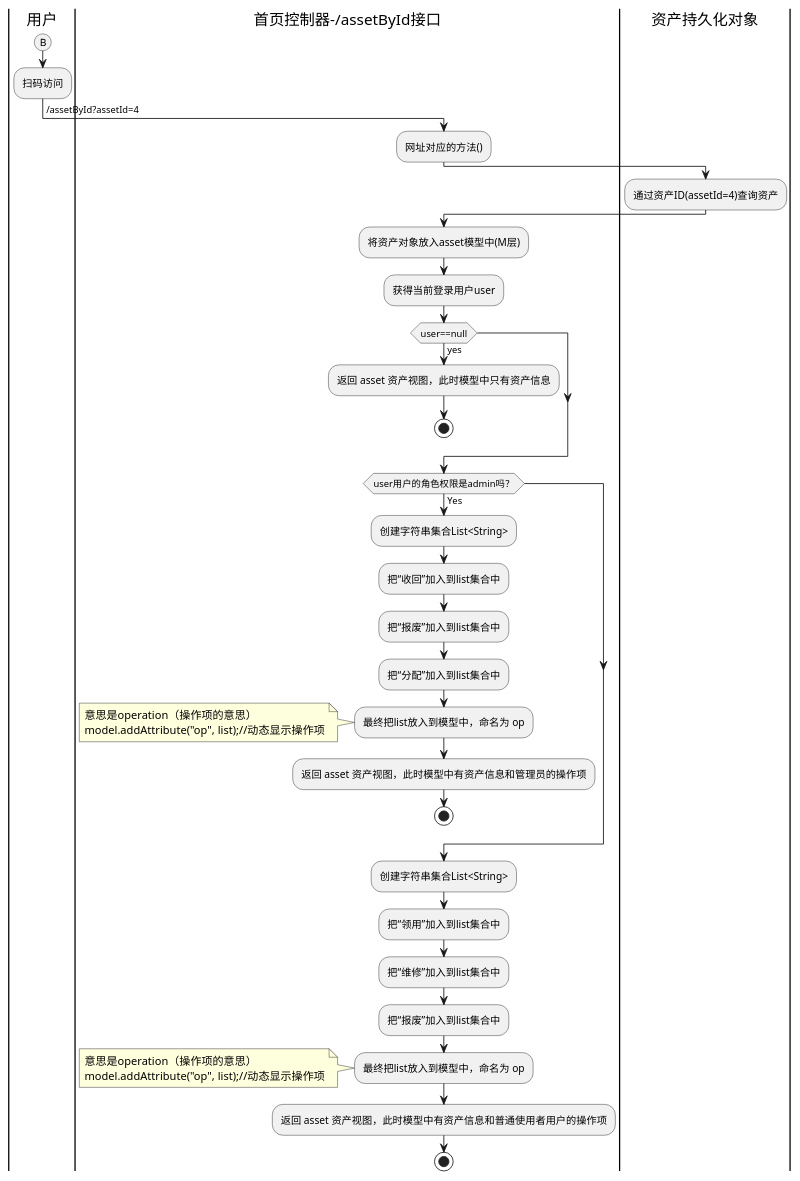
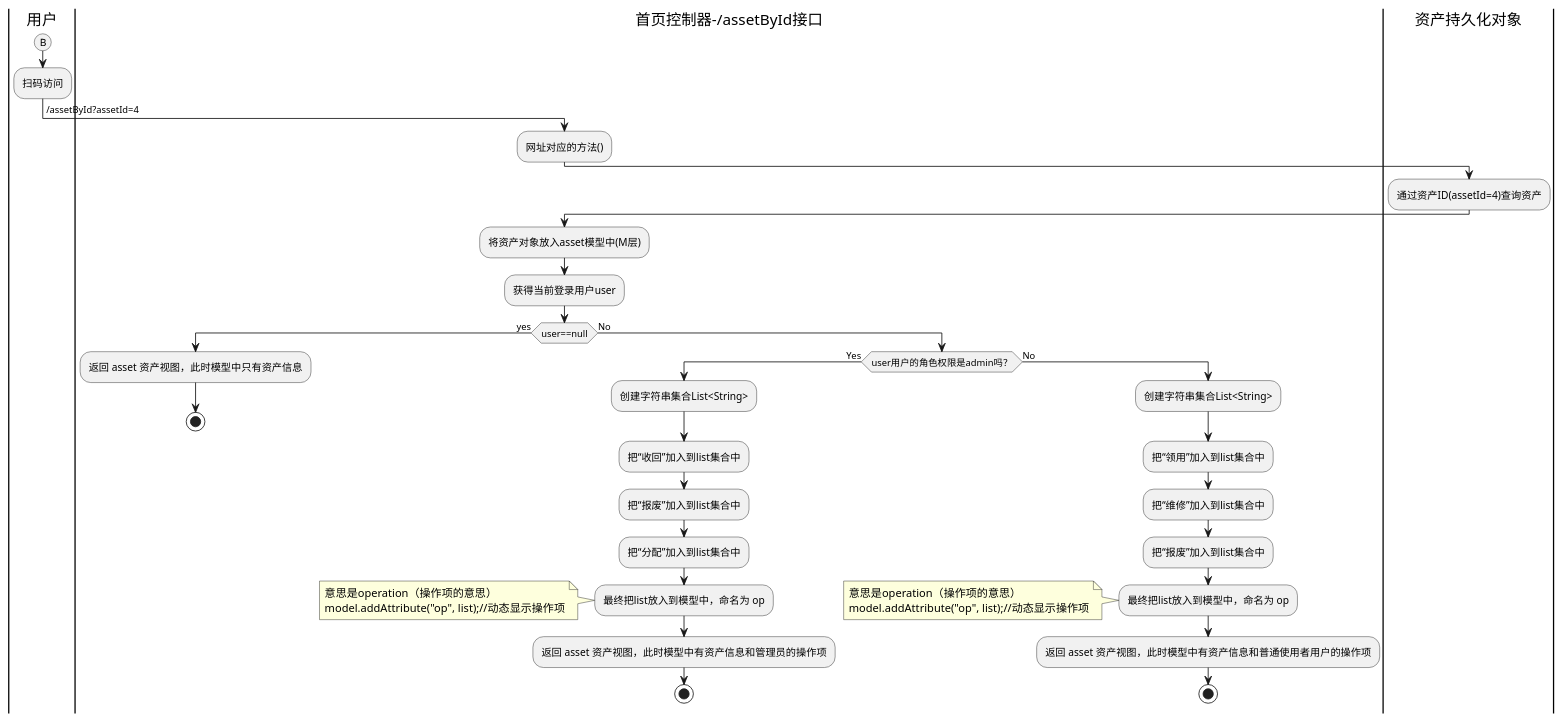
The diagram in src/main/java/com/xchgx/cloud/sso8/assetmanager/diagram/v12/3.扫码显示操作项.puml (xchgx/assetmanager), drawn with PlantUML before and after one commit. The commit also changed 24 other files, not shown here.

```diff
--- a/src/main/java/com/xchgx/cloud/sso8/assetmanager/diagram/v12/3.扫码显示操作项.puml
+++ b/src/main/java/com/xchgx/cloud/sso8/assetmanager/diagram/v12/3.扫码显示操作项.puml
@@ -1,45 +1,45 @@
 @startuml
 '3.扫码显示操作项
 
 |用户|
 (B)
 :扫码访问;
 ->/assetById?assetId=4;
 |首页控制器-/assetById接口|
 :网址对应的方法();
 |资产持久化对象|
 :通过资产ID(assetId=4)查询资产;
 |首页控制器-/assetById接口|
 :将资产对象放入asset模型中(M层);
 :获得当前登录用户user;
 if (user==null) then (yes)
 :返回 asset 资产视图，此时模型中只有资产信息;
 stop
-endif
+else (No)
 
 if (user用户的角色权限是admin吗？) then (Yes)
 :创建字符串集合List<String>;
 :把“收回”加入到list集合中;
 :把“报废”加入到list集合中;
 :把“分配”加入到list集合中;
 :最终把list放入到模型中，命名为 op;
 note left
   意思是operation（操作项的意思）
   model.addAttribute("op", list);//动态显示操作项
 end note
 :返回 asset 资产视图，此时模型中有资产信息和管理员的操作项;
 stop
-endif
+else (No)
 
 :创建字符串集合List<String>;
 :把“领用”加入到list集合中;
 :把“维修”加入到list集合中;
 :把“报废”加入到list集合中;
 :最终把list放入到模型中，命名为 op;
 note left
   意思是operation（操作项的意思）
   model.addAttribute("op", list);//动态显示操作项
 end note
 :返回 asset 资产视图，此时模型中有资产信息和普通使用者用户的操作项;
 stop
 @enduml
```
